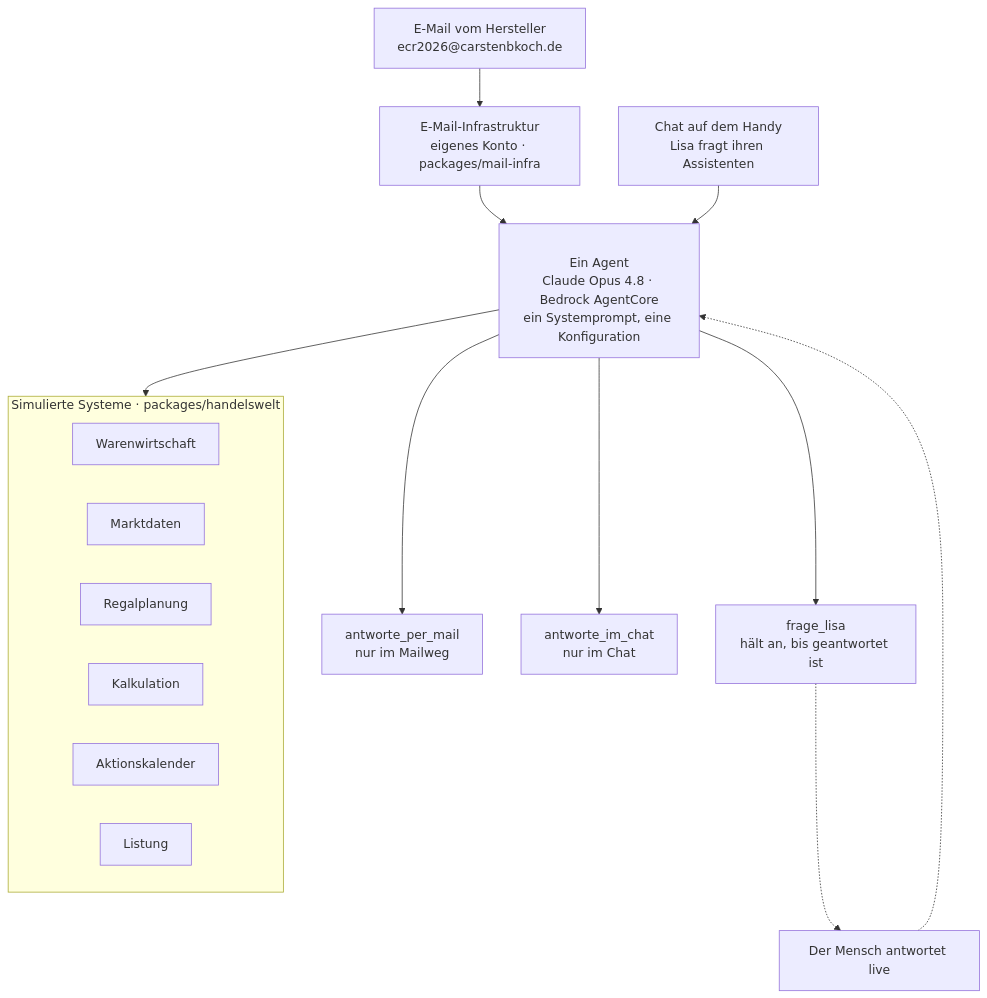
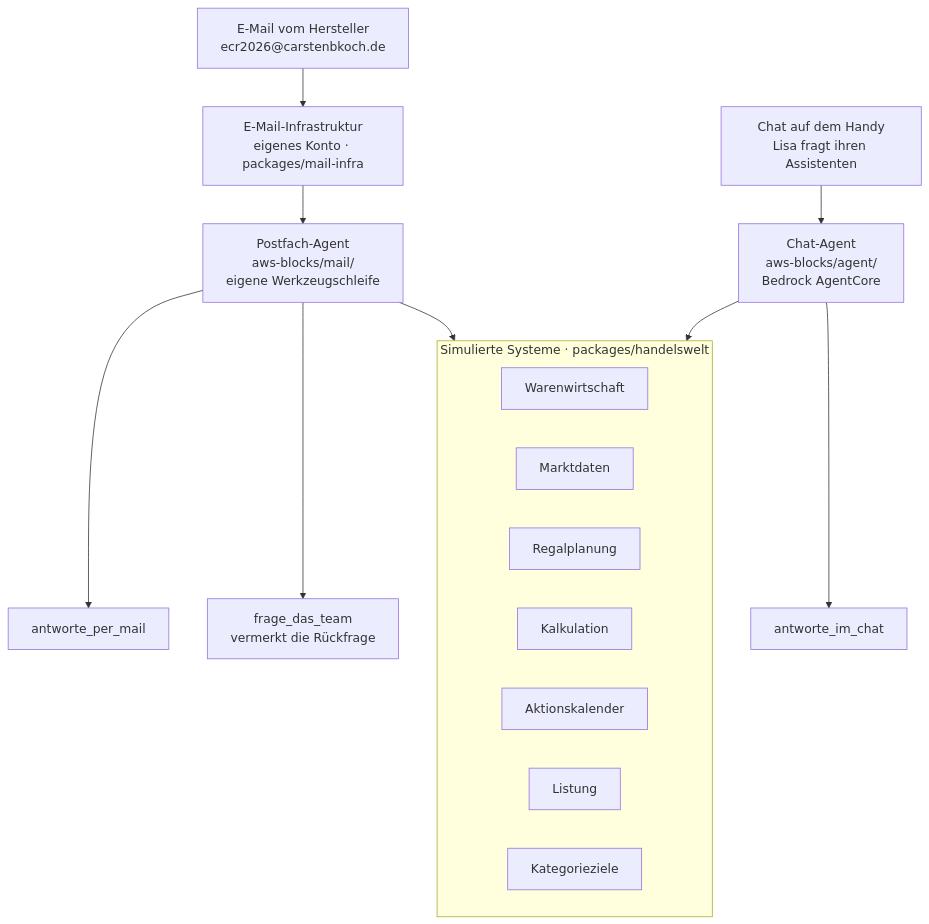
Before and after one commit to cabcookie/ecr-in-motion-2026-talk: the diagram in README.md, drawn with Mermaid. The commit also changed other lines of this file, not shown here.

First line of the commit message:
Die README sagt wieder, was das Repo tut

````diff
--- a/README.md
+++ b/README.md
@@ -43,29 +57,27 @@
 ```mermaid
 flowchart TB
   MAIL["E-Mail vom Hersteller<br/>ecr2026@carstenbkoch.de"]
   CHAT["Chat auf dem Handy<br/>Lisa fragt ihren Assistenten"]
 
   MAIL --> SES["E-Mail-Infrastruktur<br/>eigenes Konto · packages/mail-infra"]
-  SES --> AGENT
-  CHAT --> AGENT
+  SES --> AM["Postfach-Agent<br/>aws-blocks/mail/<br/>eigene Werkzeugschleife"]
+  CHAT --> AC["Chat-Agent<br/>aws-blocks/agent/<br/>Bedrock AgentCore"]
 
-  AGENT["<br/>Ein Agent<br/>Claude Opus 4.8 · Bedrock AgentCore<br/>ein Systemprompt, eine Konfiguration<br/>"]
+  AM --> WM["antworte_per_mail"]
+  AM --> WL["frage_das_team<br/>vermerkt die Rückfrage"]
+  AC --> WC["antworte_im_chat"]
 
-  AGENT --> WM["antworte_per_mail<br/>nur im Mailweg"]
-  AGENT --> WC["antworte_im_chat<br/>nur im Chat"]
-  AGENT --> WL["frage_lisa<br/>hält an, bis geantwortet ist"]
-  WL -.-> MENSCH["Der Mensch antwortet live"]
-  MENSCH -.-> AGENT
-
-  AGENT --> SYS
+  AM --> SYS
+  AC --> SYS
 
   subgraph SYS ["Simulierte Systeme · packages/handelswelt"]
     direction LR
     S1[Warenwirtschaft]
     S2[Marktdaten]
     S3[Regalplanung]
     S4[Kalkulation]
     S5[Aktionskalender]
     S6[Listung]
+    S7[Kategorieziele]
   end
 ```
````
